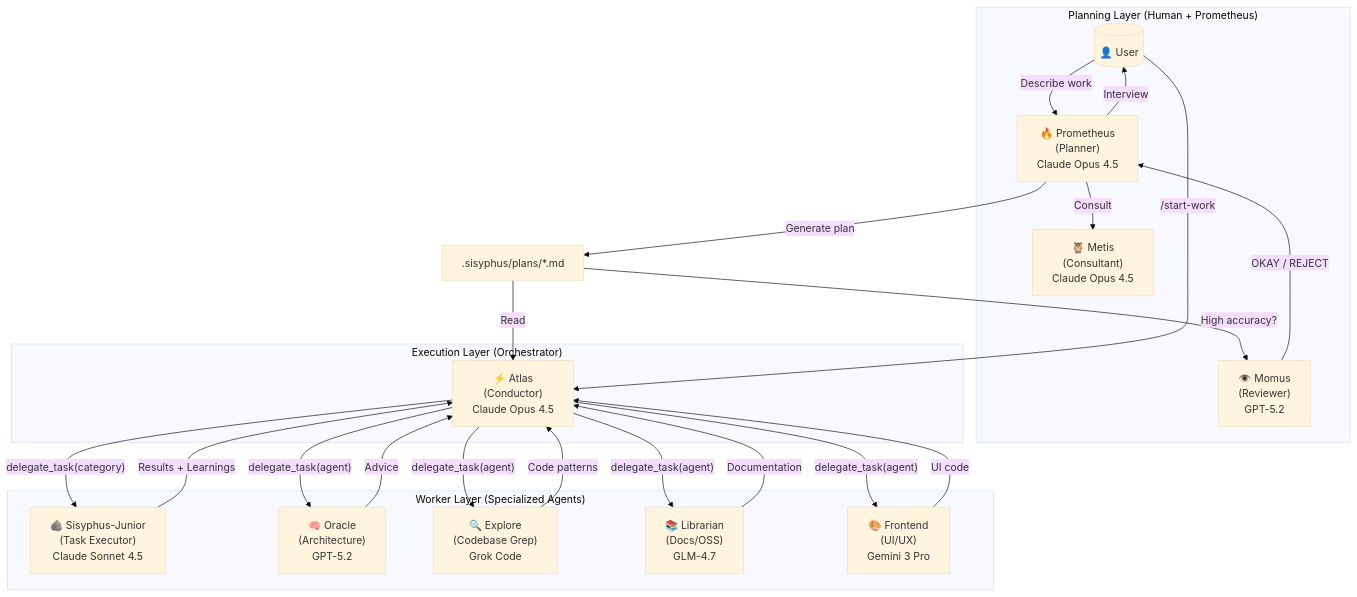
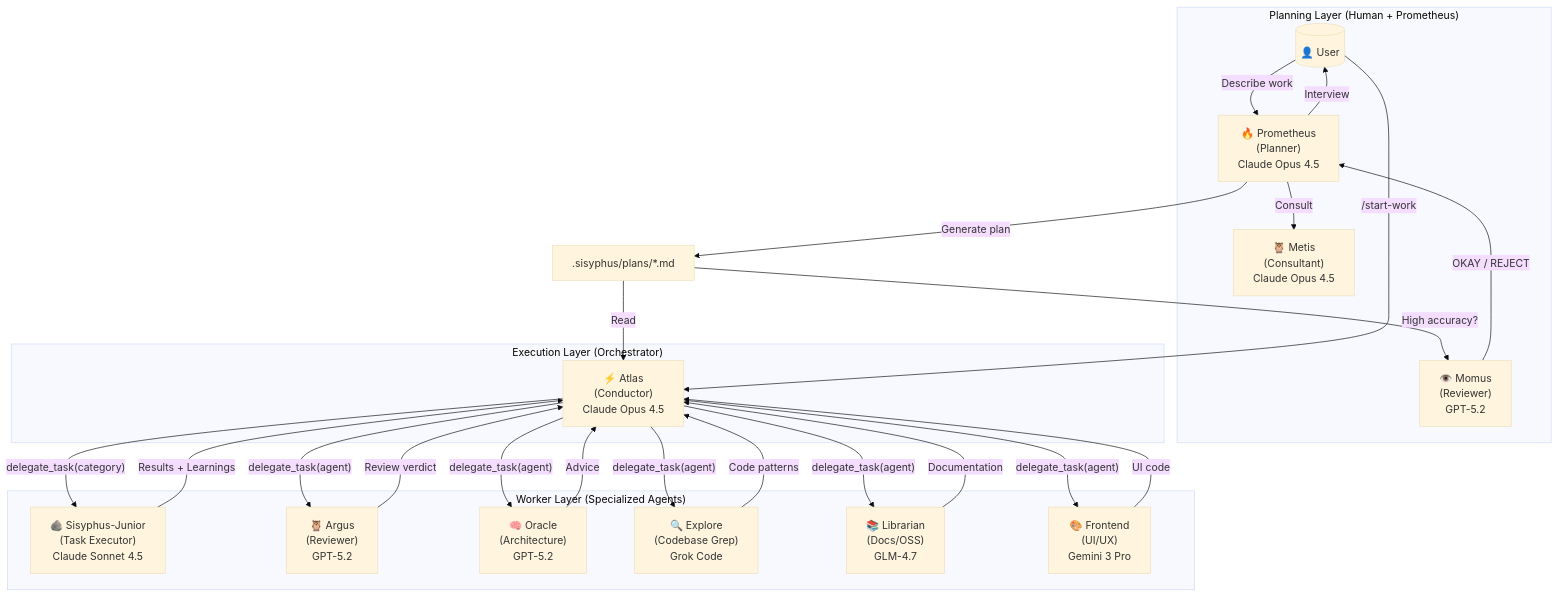
Before and after one commit to waycodes/oh-my-opencode: the first of 4 diagrams in docs/guide/understanding-orchestration-system.md, drawn with Mermaid (base theme). The commit also changed other lines of this file and 1 other file, not shown here.

````diff
--- a/docs/guide/understanding-orchestration-system.md
+++ b/docs/guide/understanding-orchestration-system.md
@@ -22,43 +22,46 @@
 ```mermaid
 flowchart TB
     subgraph Planning["Planning Layer (Human + Prometheus)"]
         User[("👤 User")]
         Prometheus["🔥 Prometheus<br/>(Planner)<br/>Claude Opus 4.5"]
         Metis["🦉 Metis<br/>(Consultant)<br/>Claude Opus 4.5"]
         Momus["👁️ Momus<br/>(Reviewer)<br/>GPT-5.2"]
     end
     
     subgraph Execution["Execution Layer (Orchestrator)"]
         Orchestrator["⚡ Atlas<br/>(Conductor)<br/>Claude Opus 4.5"]
     end
     
     subgraph Workers["Worker Layer (Specialized Agents)"]
         Junior["🪨 Sisyphus-Junior<br/>(Task Executor)<br/>Claude Sonnet 4.5"]
+        Argus["🦉 Argus<br/>(Reviewer)<br/>GPT-5.2"]
         Oracle["🧠 Oracle<br/>(Architecture)<br/>GPT-5.2"]
         Explore["🔍 Explore<br/>(Codebase Grep)<br/>Grok Code"]
         Librarian["📚 Librarian<br/>(Docs/OSS)<br/>GLM-4.7"]
         Frontend["🎨 Frontend<br/>(UI/UX)<br/>Gemini 3 Pro"]
     end
     
     User -->|"Describe work"| Prometheus
     Prometheus -->|"Consult"| Metis
     Prometheus -->|"Interview"| User
     Prometheus -->|"Generate plan"| Plan[".sisyphus/plans/*.md"]
     Plan -->|"High accuracy?"| Momus
     Momus -->|"OKAY / REJECT"| Prometheus
     
     User -->|"/start-work"| Orchestrator
     Plan -->|"Read"| Orchestrator
     
     Orchestrator -->|"delegate_task(category)"| Junior
     Orchestrator -->|"delegate_task(agent)"| Oracle
     Orchestrator -->|"delegate_task(agent)"| Explore
     Orchestrator -->|"delegate_task(agent)"| Librarian
     Orchestrator -->|"delegate_task(agent)"| Frontend
+    Orchestrator -->|"delegate_task(agent)"| Argus
     
     Junior -->|"Results + Learnings"| Orchestrator
+    Argus -->|"Review verdict"| Orchestrator
     Oracle -->|"Advice"| Orchestrator
     Explore -->|"Code patterns"| Orchestrator
     Librarian -->|"Documentation"| Orchestrator
     Frontend -->|"UI code"| Orchestrator
 ```
````
